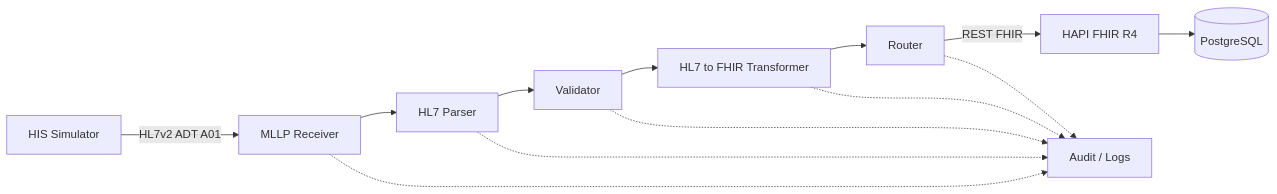
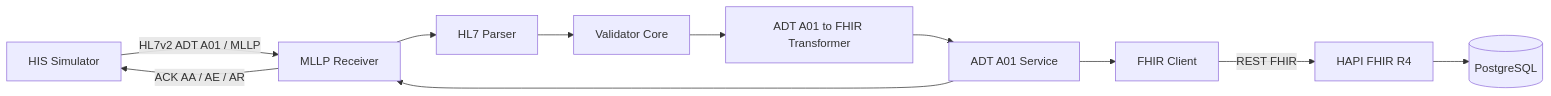
The diagram in docs/architecture/01-overview.md (fernandocerqueira1990-cloud/healthcare-interoperability-labs), drawn with Mermaid before and after one commit. The commit also changed other lines of this file, not shown here.

Commit message:
docs: refresh architecture for end-to-end FHIR flow

````diff
--- a/docs/architecture/01-overview.md
+++ b/docs/architecture/01-overview.md
@@ -58,16 +13,13 @@
 ```mermaid
 flowchart LR
-    A[HIS Simulator] -->|HL7v2 ADT A01| B[MLLP Receiver]
+    A[HIS Simulator] -->|HL7v2 ADT A01 / MLLP| B[MLLP Receiver]
     B --> C[HL7 Parser]
-    C --> D[Validator]
-    D --> E[HL7 to FHIR Transformer]
-    E --> F[Router]
-    F -->|REST FHIR| G[HAPI FHIR R4]
-    G --> H[(PostgreSQL)]
-
-    B -.-> I[Audit / Logs]
-    C -.-> I
-    D -.-> I
-    E -.-> I
-    F -.-> I
+    C --> D[Validator Core]
+    D --> E[ADT A01 to FHIR Transformer]
+    E --> F[ADT A01 Service]
+    F --> G[FHIR Client]
+    G -->|REST FHIR| H[HAPI FHIR R4]
+    H --> I[(PostgreSQL)]
+    F --> B
+    B -->|ACK AA / AE / AR| A
 ```
````
